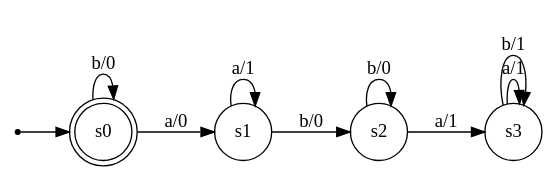
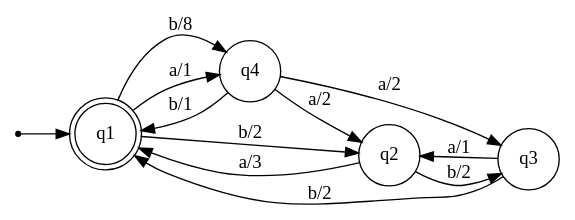
One commit to zenAndroid/oracle-extract changed the diagram in input.dot. Above: the diagram before and after it, drawn with Graphviz. The commit also changed 1 other file, not shown here.

```diff
--- a/input.dot
+++ b/input.dot
@@ -1,15 +1,17 @@
 digraph Automaton {
     node [shape=point] INIT;
-    s0 [shape="doublecircle"];
+    q1 [shape="doublecircle"];
     node [shape=circle];
     rankdir = LR;
-    INIT -> s0;
-    s0 -> s0 [label="b/0"];
-    s0 -> s1 [label="a/0"];
-    s1 -> s1 [label="a/1"];
-    s1 -> s2 [label="b/0"];
-    s2 -> s3 [label="a/1"];
-    s2 -> s2 [label="b/0"];
-    s3 -> s3 [label="a/1"];
-    s3 -> s3 [label="b/1"];
+    INIT -> q1;
+    q1 -> q2 [label="b/2"];
+    q1 -> q4 [label="b/8"];
+    q1 -> q4 [label="a/1"];
+    q2 -> q1 [label="a/3"];
+    q2 -> q3 [label="b/2"];
+    q3 -> q2 [label="a/1"];
+    q3 -> q1 [label="b/2"];
+    q4 -> q1 [label="b/1"];
+    q4 -> q3 [label="a/2"];
+    q4 -> q2 [label="a/2"];
 }
```
